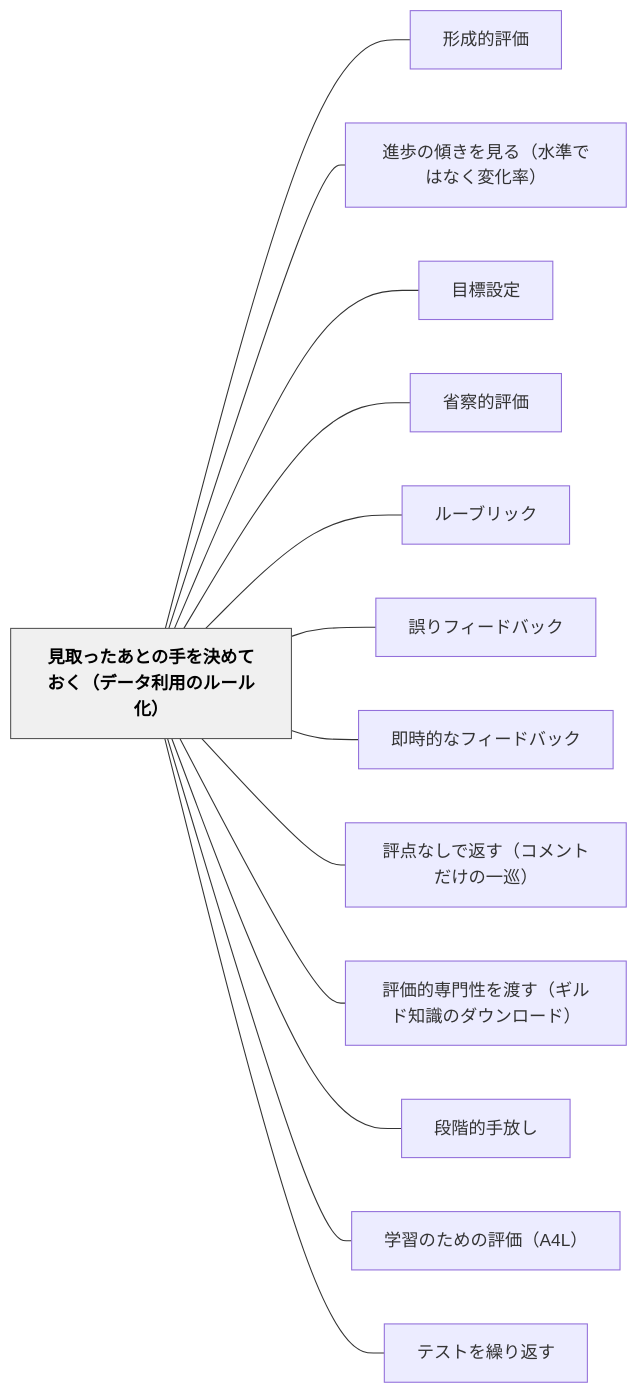
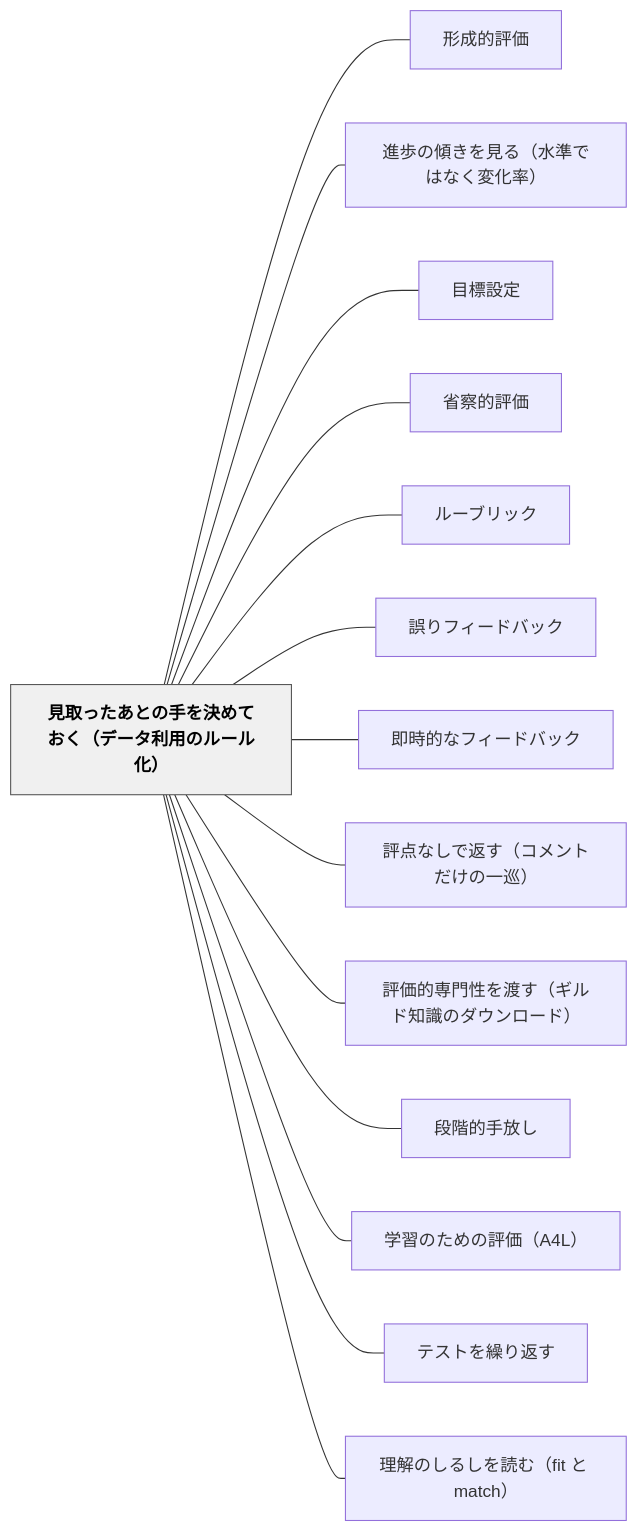
The diagram in content/パタン/見取ったあとの手を決めておく（データ利用のルール化）.md (unknownthings-ed-patterns/unknownthings-ed-patterns), drawn with Mermaid before and after one commit. The commit also changed other lines of this file and 4 other files, not shown here.

````diff
--- a/content/パタン/見取ったあとの手を決めておく（データ利用のルール化）.md
+++ b/content/パタン/見取ったあとの手を決めておく（データ利用のルール化）.md
@@ -173,32 +174,34 @@
 ```mermaid
 flowchart LR
     ne8a68be58f96e381a3e3819fe38182e381a8e381aee6898be38292e6b1bae38281e381a6e3818ae3818fefbc88e38387e383bce382bfe588a9e794a8e381aee383abe383bce383abe58c96efbc89["見取ったあとの手を決めておく（データ利用のルール化）"]
     ne5bda2e68890e79a84e8a995e4bea1["形成的評価"]
     ne980b2e6ada9e381aee582bee3818de38292e8a68be3828befbc88e6b0b4e6ba96e381a7e381afe381aae3818fe5a489e58c96e78e87efbc89["進歩の傾きを見る（水準ではなく変化率）"]
     ne79baee6a899e8a8ade5ae9a["目標設定"]
     ne79c81e5af9fe79a84e8a995e4bea1["省察的評価"]
     ne383abe383bce38396e383aae38383e382af["ルーブリック"]
     ne8aaa4e3828ae38395e382a3e383bce38389e38390e38383e382af["誤りフィードバック"]
     ne58db3e69982e79a84e381aae38395e382a3e383bce38389e38390e38383e382af["即時的なフィードバック"]
     ne8a995e782b9e381aae38197e381a7e8bf94e38199efbc88e382b3e383a1e383b3e38388e381a0e38191e381aee4b880e5b7a1efbc89["評点なしで返す（コメントだけの一巡）"]
     ne8a995e4bea1e79a84e5b082e99680e680a7e38292e6b8a1e38199efbc88e382aee383abe38389e79fa5e8ad98e381aee38380e382a6e383b3e383ade383bce38389efbc89["評価的専門性を渡す（ギルド知識のダウンロード）"]
     ne6aeb5e99a8ee79a84e6898be694bee38197["段階的手放し"]
     ne5ada6e7bf92e381aee3819fe38281e381aee8a995e4bea1efbc8841344cefbc89["学習のための評価（A4L）"]
     ne38386e382b9e38388e38292e7b9b0e3828ae8bf94e38199["テストを繰り返す"]
+    ne79086e8a7a3e381aee38197e3828be38197e38292e8aaade38280efbc8866697420e381a8206d61746368efbc89["理解のしるしを読む（fit と match）"]
 
     ne8a68be58f96e381a3e3819fe38182e381a8e381aee6898be38292e6b1bae38281e381a6e3818ae3818fefbc88e38387e383bce382bfe588a9e794a8e381aee383abe383bce383abe58c96efbc89 --- ne5bda2e68890e79a84e8a995e4bea1
     ne8a68be58f96e381a3e3819fe38182e381a8e381aee6898be38292e6b1bae38281e381a6e3818ae3818fefbc88e38387e383bce382bfe588a9e794a8e381aee383abe383bce383abe58c96efbc89 --- ne980b2e6ada9e381aee582bee3818de38292e8a68be3828befbc88e6b0b4e6ba96e381a7e381afe381aae3818fe5a489e58c96e78e87efbc89
     ne8a68be58f96e381a3e3819fe38182e381a8e381aee6898be38292e6b1bae38281e381a6e3818ae3818fefbc88e38387e383bce382bfe588a9e794a8e381aee383abe383bce383abe58c96efbc89 --- ne79baee6a899e8a8ade5ae9a
     ne8a68be58f96e381a3e3819fe38182e381a8e381aee6898be38292e6b1bae38281e381a6e3818ae3818fefbc88e38387e383bce382bfe588a9e794a8e381aee383abe383bce383abe58c96efbc89 --- ne79c81e5af9fe79a84e8a995e4bea1
     ne8a68be58f96e381a3e3819fe38182e381a8e381aee6898be38292e6b1bae38281e381a6e3818ae3818fefbc88e38387e383bce382bfe588a9e794a8e381aee383abe383bce383abe58c96efbc89 --- ne383abe383bce38396e383aae38383e382af
     ne8a68be58f96e381a3e3819fe38182e381a8e381aee6898be38292e6b1bae38281e381a6e3818ae3818fefbc88e38387e383bce382bfe588a9e794a8e381aee383abe383bce383abe58c96efbc89 --- ne8aaa4e3828ae38395e382a3e383bce38389e38390e38383e382af
     ne8a68be58f96e381a3e3819fe38182e381a8e381aee6898be38292e6b1bae38281e381a6e3818ae3818fefbc88e38387e383bce382bfe588a9e794a8e381aee383abe383bce383abe58c96efbc89 --- ne58db3e69982e79a84e381aae38395e382a3e383bce38389e38390e38383e382af
     ne8a68be58f96e381a3e3819fe38182e381a8e381aee6898be38292e6b1bae38281e381a6e3818ae3818fefbc88e38387e383bce382bfe588a9e794a8e381aee383abe383bce383abe58c96efbc89 --- ne8a995e782b9e381aae38197e381a7e8bf94e38199efbc88e382b3e383a1e383b3e38388e381a0e38191e381aee4b880e5b7a1efbc89
     ne8a68be58f96e381a3e3819fe38182e381a8e381aee6898be38292e6b1bae38281e381a6e3818ae3818fefbc88e38387e383bce382bfe588a9e794a8e381aee383abe383bce383abe58c96efbc89 --- ne8a995e4bea1e79a84e5b082e99680e680a7e38292e6b8a1e38199efbc88e382aee383abe38389e79fa5e8ad98e381aee38380e382a6e383b3e383ade383bce38389efbc89
     ne8a68be58f96e381a3e3819fe38182e381a8e381aee6898be38292e6b1bae38281e381a6e3818ae3818fefbc88e38387e383bce382bfe588a9e794a8e381aee383abe383bce383abe58c96efbc89 --- ne6aeb5e99a8ee79a84e6898be694bee38197
     ne8a68be58f96e381a3e3819fe38182e381a8e381aee6898be38292e6b1bae38281e381a6e3818ae3818fefbc88e38387e383bce382bfe588a9e794a8e381aee383abe383bce383abe58c96efbc89 --- ne5ada6e7bf92e381aee3819fe38281e381aee8a995e4bea1efbc8841344cefbc89
     ne8a68be58f96e381a3e3819fe38182e381a8e381aee6898be38292e6b1bae38281e381a6e3818ae3818fefbc88e38387e383bce382bfe588a9e794a8e381aee383abe383bce383abe58c96efbc89 --- ne38386e382b9e38388e38292e7b9b0e3828ae8bf94e38199
+    ne8a68be58f96e381a3e3819fe38182e381a8e381aee6898be38292e6b1bae38281e381a6e3818ae3818fefbc88e38387e383bce382bfe588a9e794a8e381aee383abe383bce383abe58c96efbc89 --- ne79086e8a7a3e381aee38197e3828be38197e38292e8aaade38280efbc8866697420e381a8206d61746368efbc89
 
     classDef hub fill:#f0f0f0,stroke:#555,color:#000,font-weight:bold
     class ne8a68be58f96e381a3e3819fe38182e381a8e381aee6898be38292e6b1bae38281e381a6e3818ae3818fefbc88e38387e383bce382bfe588a9e794a8e381aee383abe383bce383abe58c96efbc89 hub
 ```
````
